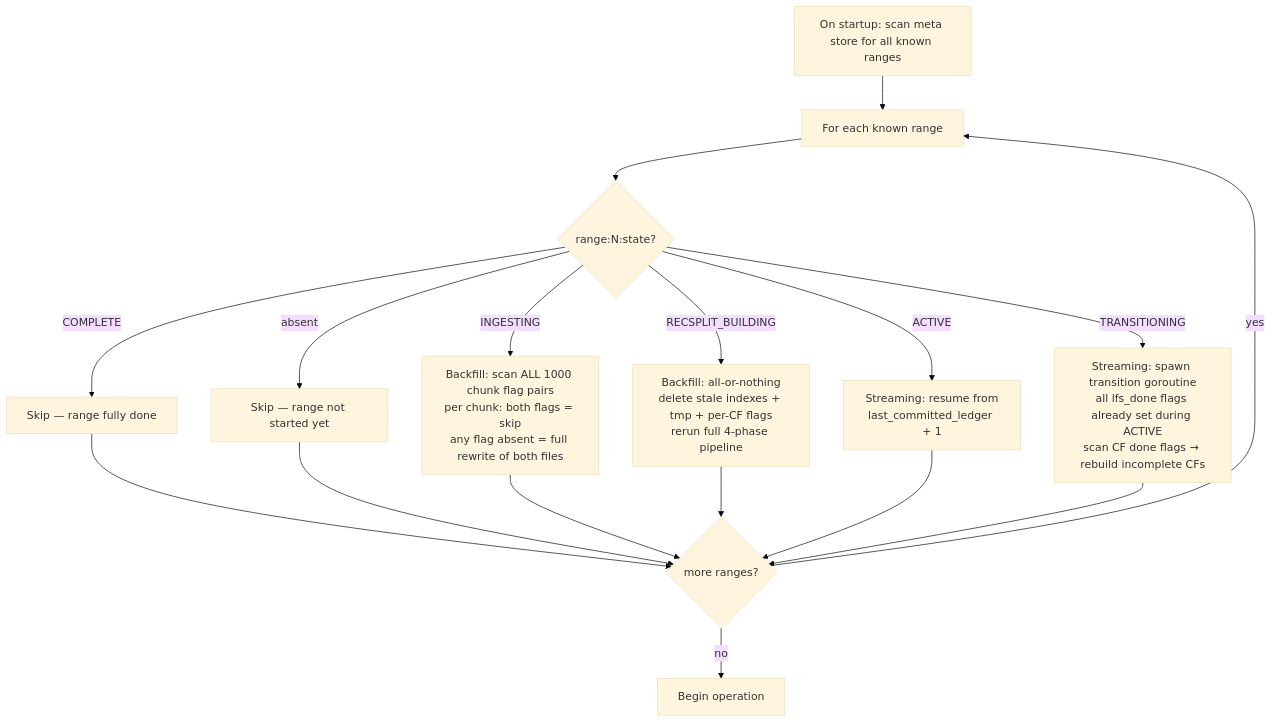
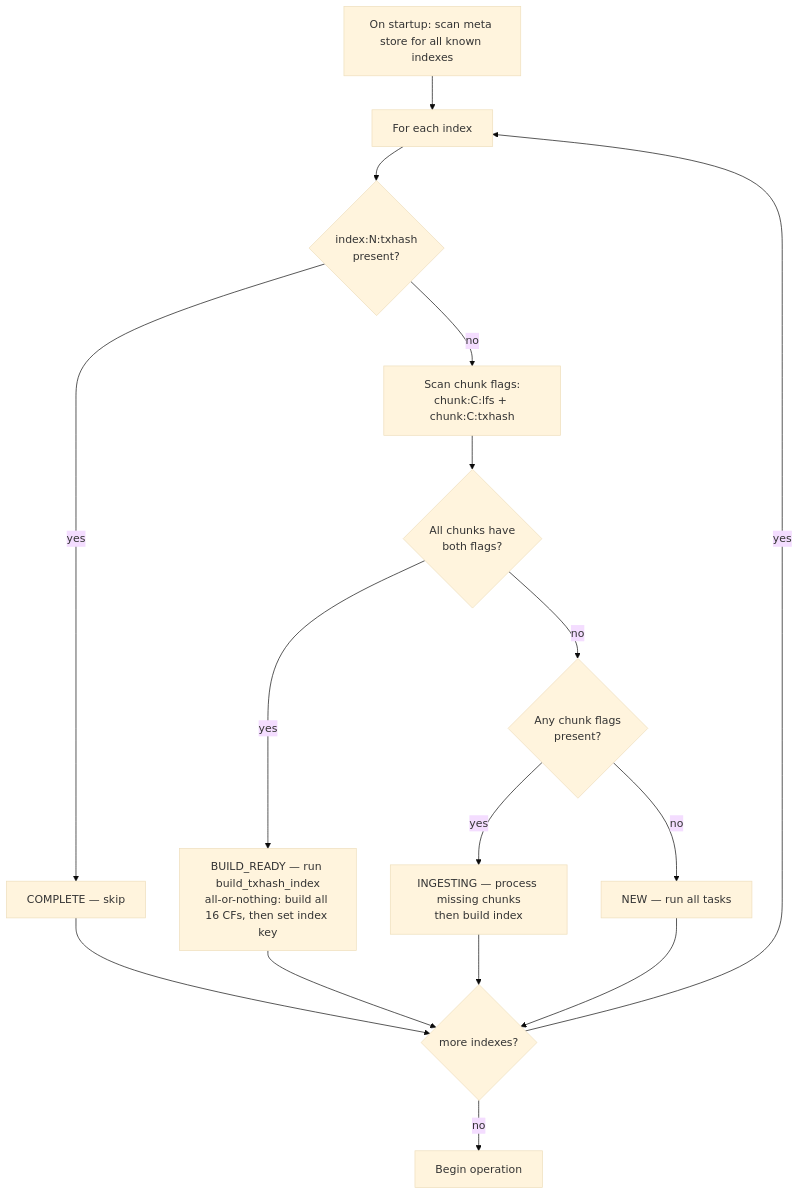
One commit to stellar/stellar-rpc changed the second of 2 diagrams in full-history/design-docs/07-crash-recovery.md. Above: the diagram before and after it, drawn with Mermaid (base theme). The commit also changed other lines of this file and 17 other files, not shown here.

````diff
--- a/full-history/design-docs/07-crash-recovery.md
+++ b/full-history/design-docs/07-crash-recovery.md
@@ -288,19 +242,18 @@
 ```mermaid
 flowchart TD
-    START["On startup: scan meta store for all known ranges"] --> FOREACH["For each known range"]
-    FOREACH --> RS{range:N:state?}
-    RS -->|COMPLETE| SKIP["Skip — range fully done"]
-    RS -->|absent| SKIP2["Skip — range not started yet"]
-    RS -->|INGESTING| BACKFILL_RESUME["Backfill: scan ALL 1000 chunk flag pairs<br/>per chunk: both flags = skip<br/>any flag absent = full rewrite of both files"]
-    RS -->|RECSPLIT_BUILDING| RECSPLIT_RESUME["Backfill: all-or-nothing<br/>delete stale indexes + tmp + per-CF flags<br/>rerun full 4-phase pipeline"]
-    RS -->|ACTIVE| STREAMING_RESUME["Streaming: resume from<br/>last_committed_ledger + 1"]
-    RS -->|TRANSITIONING| TRANS_RESUME["Streaming: spawn transition goroutine<br/>all lfs_done flags already set during ACTIVE<br/>scan CF done flags → rebuild incomplete CFs"]
-    SKIP --> NEXT{more ranges?}
-    SKIP2 --> NEXT
-    BACKFILL_RESUME --> NEXT
-    RECSPLIT_RESUME --> NEXT
-    STREAMING_RESUME --> NEXT
-    TRANS_RESUME --> NEXT
+    START["On startup: scan meta store for all known indexes"] --> FOREACH["For each index"]
+    FOREACH --> IDX{"index:N:txhash<br/>present?"}
+    IDX -->|yes| COMPLETE["COMPLETE — skip"]
+    IDX -->|no| CHUNKSCAN["Scan chunk flags:<br/>chunk:C:lfs + chunk:C:txhash"]
+    CHUNKSCAN --> ALL_DONE{"All chunks have<br/>both flags?"}
+    ALL_DONE -->|yes| BUILD_READY["BUILD_READY — run build_txhash_index<br/>all-or-nothing: build all 16 CFs, then set index key"]
+    ALL_DONE -->|no| SOME{"Any chunk flags<br/>present?"}
+    SOME -->|yes| INGESTING["INGESTING — process missing chunks<br/>then build index"]
+    SOME -->|no| NEW["NEW — run all tasks"]
+    COMPLETE --> NEXT{more indexes?}
+    BUILD_READY --> NEXT
+    INGESTING --> NEXT
+    NEW --> NEXT
     NEXT -->|yes| FOREACH
     NEXT -->|no| OPERATE["Begin operation"]
 ```
````
